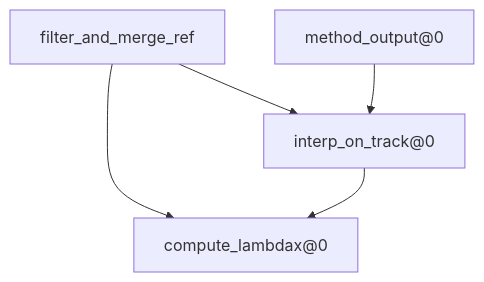
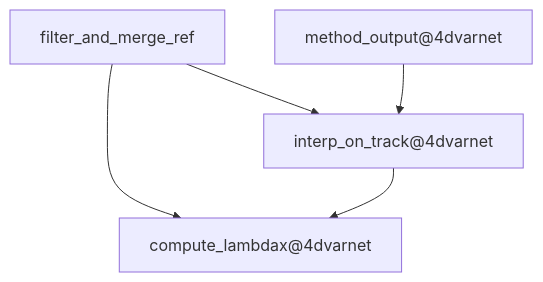
Before and after one commit to quentinf00/my_ocb: the diagram in datachallenges/dc_ose_2021/README.md, drawn with Mermaid.

````diff
--- a/datachallenges/dc_ose_2021/README.md
+++ b/datachallenges/dc_ose_2021/README.md
@@ -3,11 +3,11 @@
 ```mermaid
 flowchart TD
-        node1["compute_lambdax@0"]
+        node1["compute_lambdax@4dvarnet"]
         node2["filter_and_merge_ref"]
-        node3["interp_on_track@0"]
-        node4["method_output@0"]
+        node3["interp_on_track@4dvarnet"]
+        node4["method_output@4dvarnet"]
         node2-->node1
         node2-->node3
         node3-->node1
         node4-->node3
 ```
````
